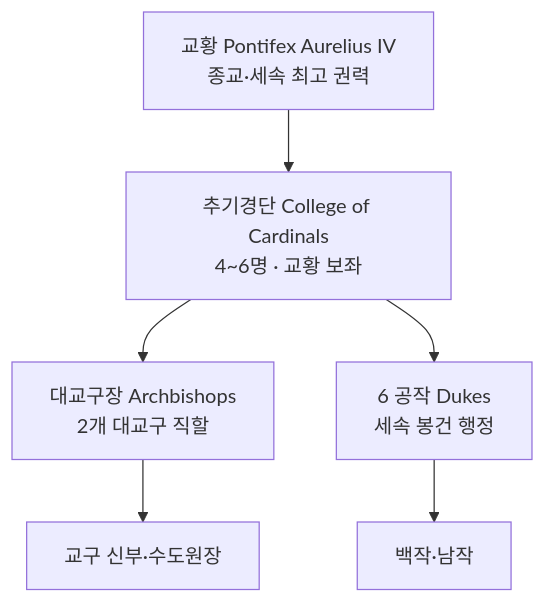
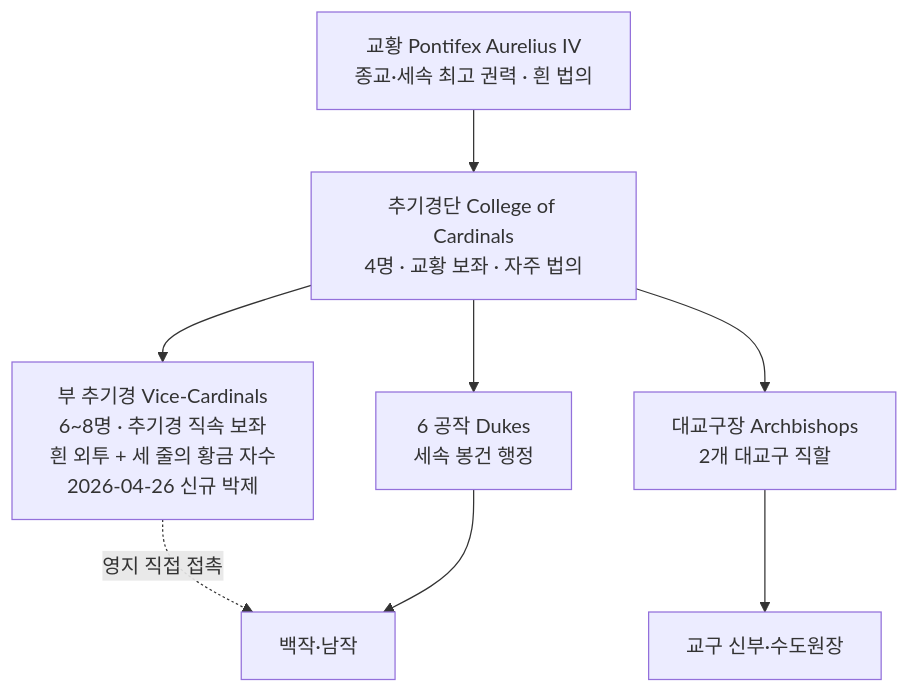
One commit to kanno321-create/naberal_game changed the diagram in wiki/design/worldbuilding/elucia/kingdoms/empire_choir/00_overview.md. Above: the diagram before and after it, drawn with Mermaid. The commit also changed other lines of this file and 92 other files, not shown here.

````diff
--- a/wiki/design/worldbuilding/elucia/kingdoms/empire_choir/00_overview.md
+++ b/wiki/design/worldbuilding/elucia/kingdoms/empire_choir/00_overview.md
@@ -73,15 +73,18 @@
 ```mermaid
 graph TD
-    PX[교황 Pontifex Aurelius IV<br/>종교·세속 최고 권력]
-    CC[추기경단 College of Cardinals<br/>4~6명 · 교황 보좌]
+    PX[교황 Pontifex Aurelius IV<br/>종교·세속 최고 권력 · 흰 법의]
+    CC[추기경단 College of Cardinals<br/>4명 · 교황 보좌 · 자주 법의]
+    VC[부 추기경 Vice-Cardinals<br/>6~8명 · 추기경 직속 보좌<br/>흰 외투 + 세 줄의 황금 자수<br/>2026-04-26 신규 박제]
     AC[대교구장 Archbishops<br/>2개 대교구 직할]
     DK[6 공작 Dukes<br/>세속 봉건 행정]
     CT[백작·남작]
     CH[교구 신부·수도원장]
 
     PX --> CC
+    CC --> VC
+    VC -.영지 직접 접촉.-> CT
     CC --> AC
     CC --> DK
     DK --> CT
     AC --> CH
 ```
````
